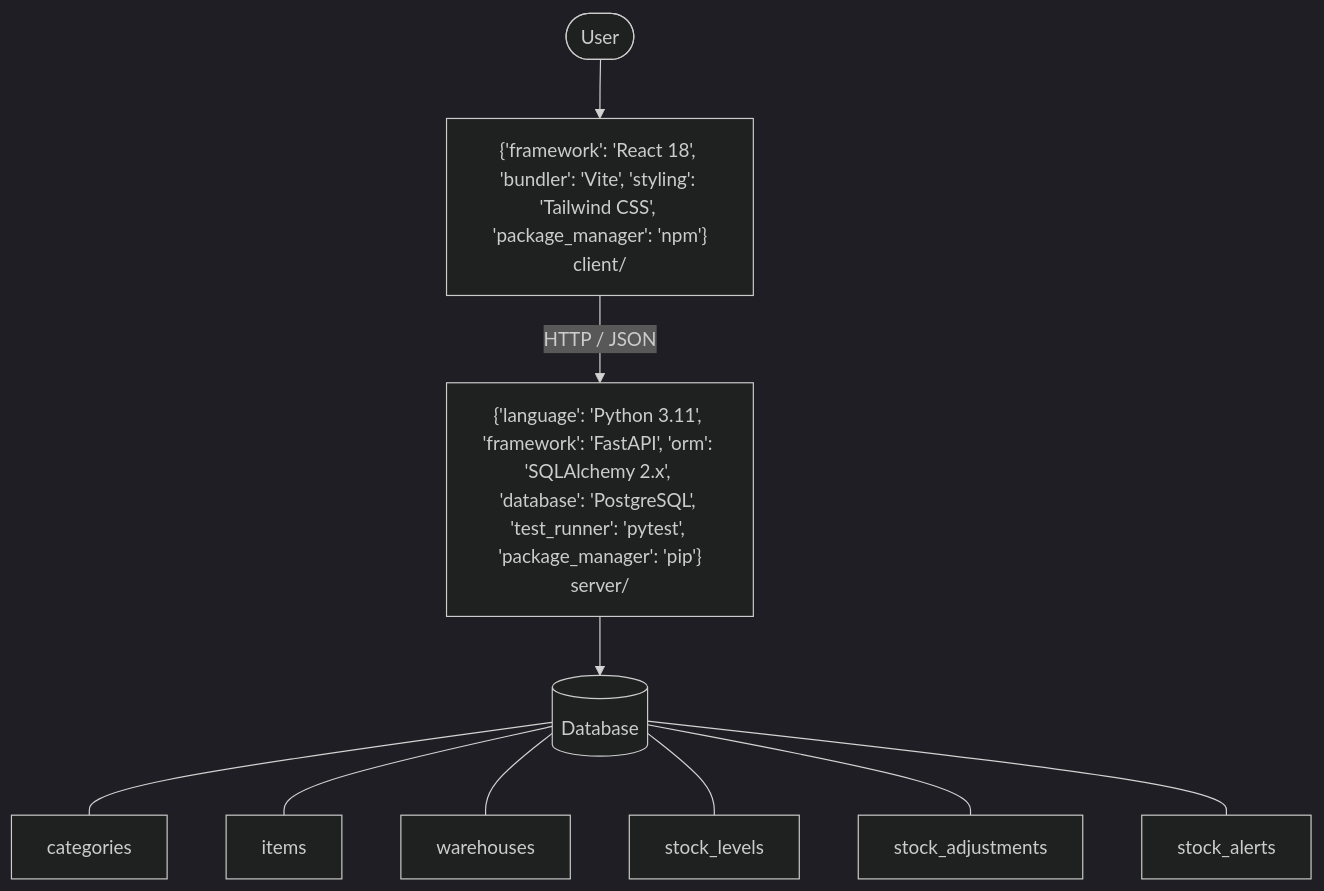
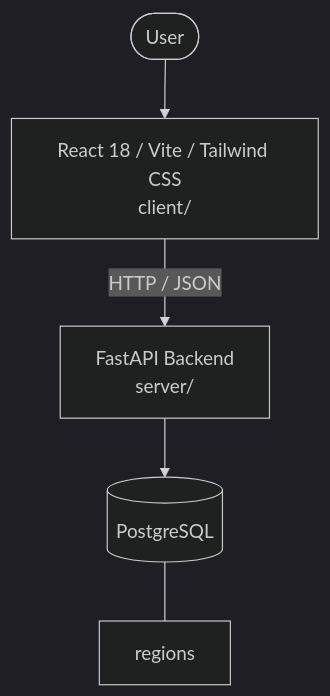
The diagram in architecture.md (p67428378-afk/SCRUM), drawn with Mermaid (dark theme) before and after one commit. The commit also changed other lines of this file and 36 other files, not shown here.

Commit message:
feat(SCRUM-2): implement regional geography backend service with filtering, caching, and database seeding

````diff
--- a/architecture.md
+++ b/architecture.md
@@ -6,16 +6,11 @@
 ```mermaid
 graph TD
   User([User])
-  UI["{'framework': 'React 18', 'bundler': 'Vite', 'styling': 'Tailwind CSS', 'package_manager': 'npm'}<br/>client/"]
-  API["{'language': 'Python 3.11', 'framework': 'FastAPI', 'orm': 'SQLAlchemy 2.x', 'database': 'PostgreSQL', 'test_runner': 'pytest', 'package_manager': 'pip'}<br/>server/"]
-  DB[("Database")]
+  UI["React 18 / Vite / Tailwind CSS<br/>client/"]
+  API["FastAPI Backend<br/>server/"]
+  DB[("PostgreSQL")]
   User --> UI
   UI -->|HTTP / JSON| API
   API --> DB
-  DB --- tbl_categories["categories"]
-  DB --- tbl_items["items"]
-  DB --- tbl_warehouses["warehouses"]
-  DB --- tbl_stock_levels["stock_levels"]
-  DB --- tbl_stock_adjustments["stock_adjustments"]
-  DB --- tbl_stock_alerts["stock_alerts"]
+  DB --- tbl_regions["regions"]
 ```
````
